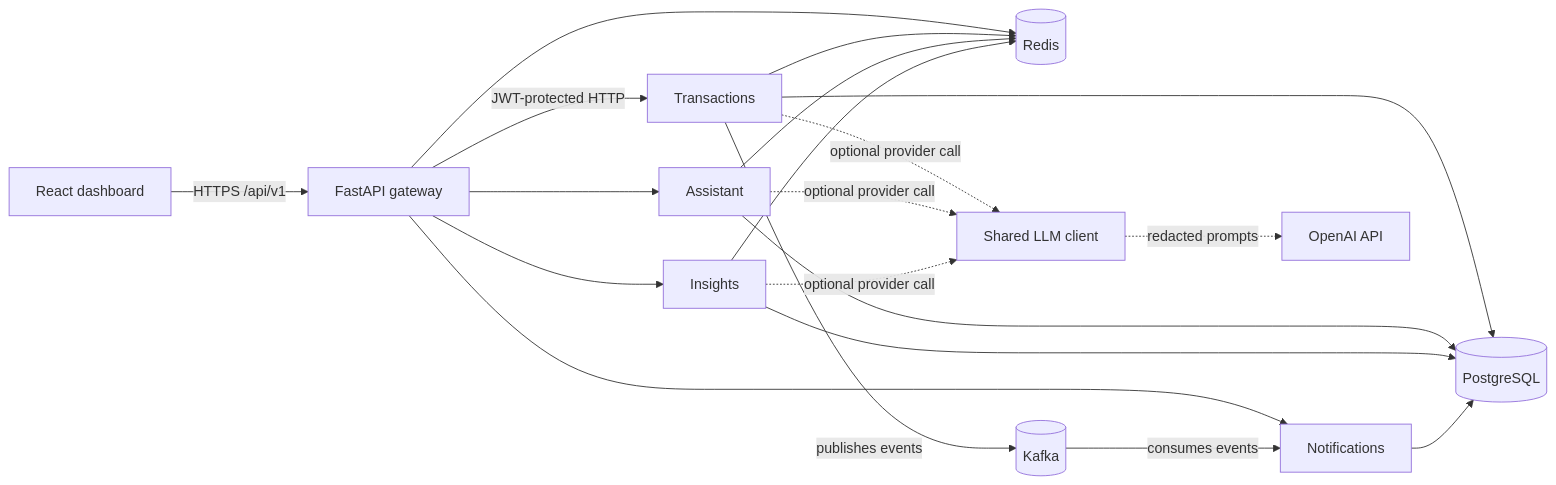
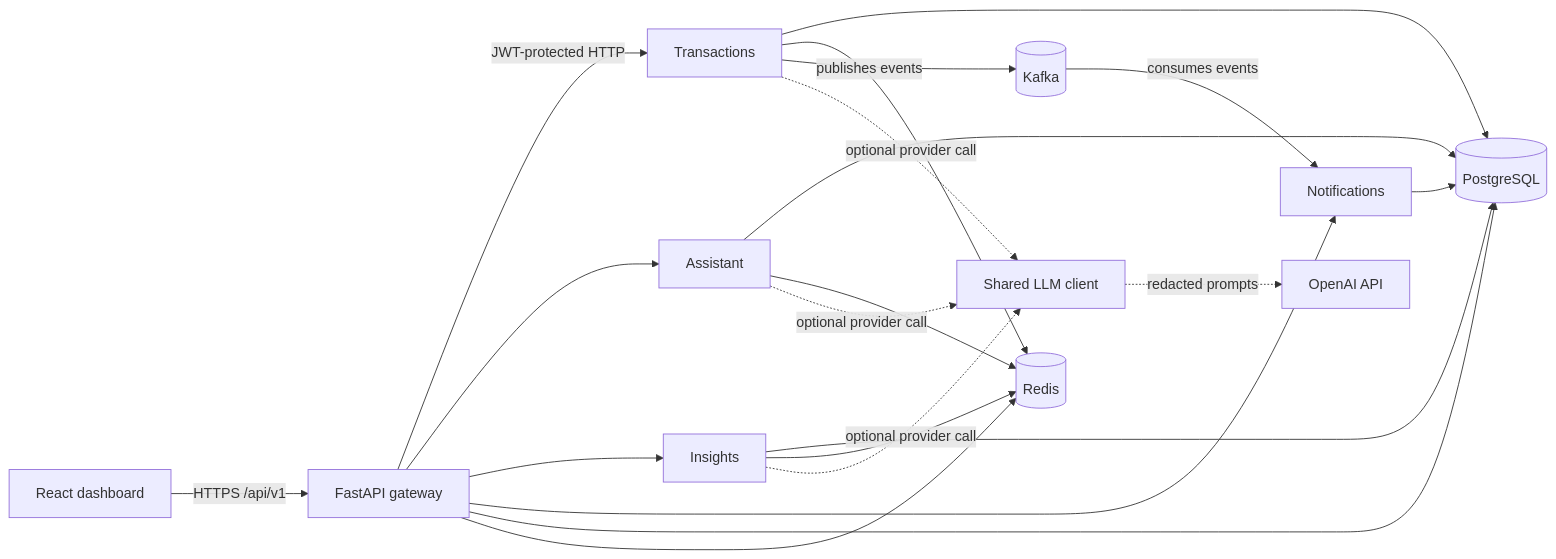
The diagram in README.md (VamsiKolli10/AI-Powered-Financial-Application-Platform), drawn with Mermaid before and after one commit. The commit also changed other lines of this file and 140 other files, not shown here.

````diff
--- a/README.md
+++ b/README.md
@@ -41,26 +42,27 @@
 ```mermaid
 flowchart LR
     browser[React dashboard] -->|HTTPS /api/v1| gateway[FastAPI gateway]
     gateway -->|JWT-protected HTTP| transactions[Transactions]
     gateway --> assistant[Assistant]
     gateway --> insights[Insights]
     gateway --> notifications[Notifications]
 
-    transactions --> postgres[(PostgreSQL)]
+    gateway --> postgres[(PostgreSQL)]
+    transactions --> postgres
     assistant --> postgres
     insights --> postgres
     notifications --> postgres
 
     gateway --> redis[(Redis)]
     transactions --> redis
     assistant --> redis
     insights --> redis
 
     transactions -->|publishes events| kafka[(Kafka)]
     kafka -->|consumes events| notifications
 
     transactions -. optional provider call .-> llm[Shared LLM client]
     assistant -. optional provider call .-> llm
     insights -. optional provider call .-> llm
     llm -. redacted prompts .-> openai[OpenAI API]
 ```
````
